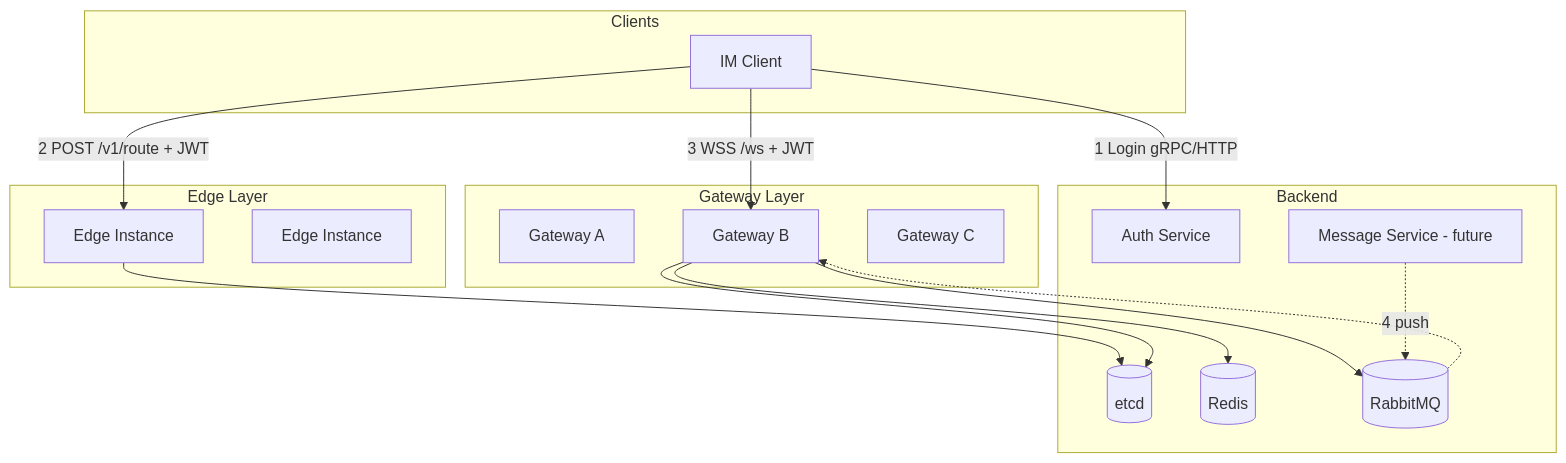
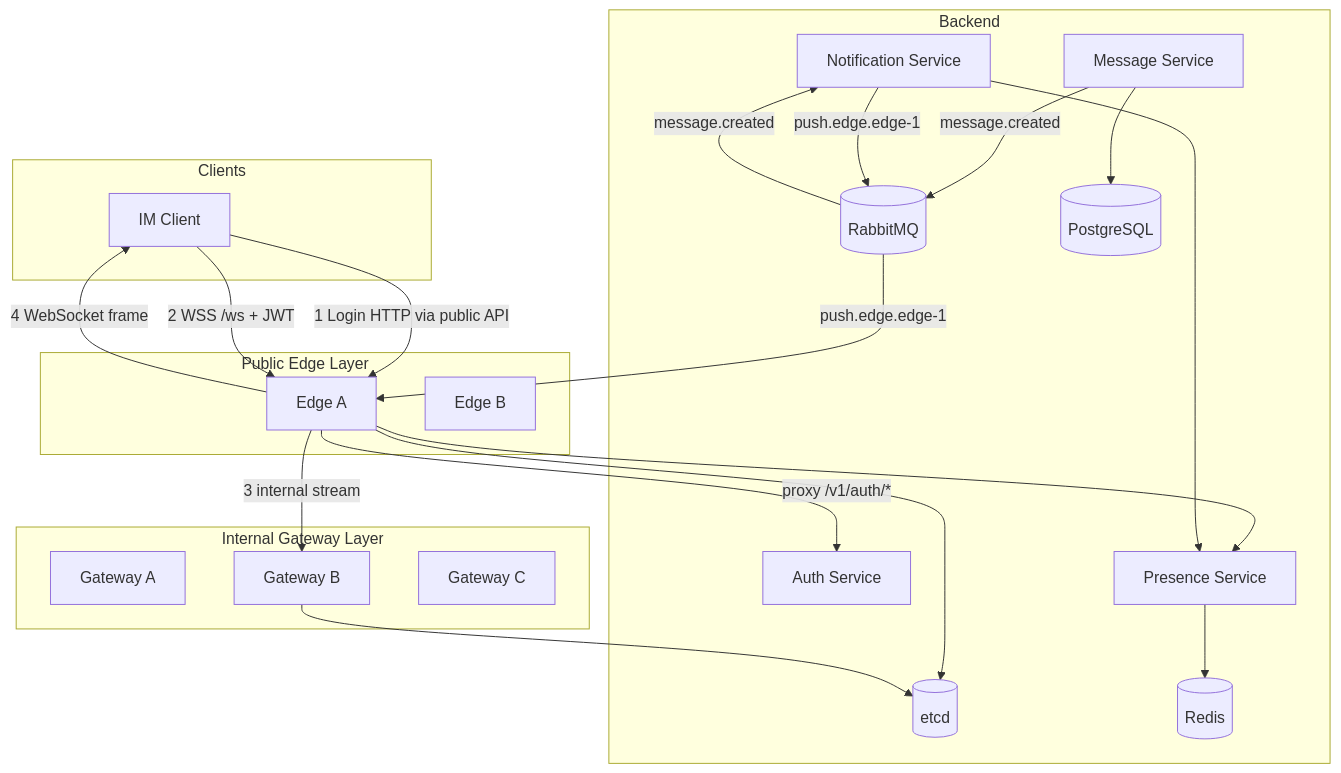
Before and after one commit to HappyLadySauce/Beehive-IM: the first of 8 diagrams in docs/gateway/DESIGN.md, drawn with Mermaid. The commit also changed other lines of this file and 5 other files, not shown here.

````diff
--- a/docs/gateway/DESIGN.md
+++ b/docs/gateway/DESIGN.md
@@ -41,35 +57,44 @@
 ```mermaid
 flowchart TB
     subgraph clients [Clients]
         Client[IM Client]
     end
 
-    subgraph edge_layer [Edge Layer]
-        Edge1[Edge Instance]
-        Edge2[Edge Instance]
+    subgraph public_edge [Public Edge Layer]
+        Edge1[Edge A]
+        Edge2[Edge B]
     end
 
-    subgraph gateway_layer [Gateway Layer]
+    subgraph internal_gateway [Internal Gateway Layer]
         GW1[Gateway A]
         GW2[Gateway B]
         GW3[Gateway C]
     end
 
     subgraph backend [Backend]
         Auth[Auth Service]
         Etcd[(etcd)]
+        Presence[Presence Service]
+        Notification[Notification Service]
         Redis[(Redis)]
         RMQ[(RabbitMQ)]
-        Msg[Message Service - future]
+        Msg[Message Service]
+        PG[(PostgreSQL)]
     end
 
-    Client -->|"1 Login gRPC/HTTP"| Auth
-    Client -->|"2 POST /v1/route + JWT"| Edge1
+    Client -->|"1 Login HTTP via public API"| Edge1
+    Edge1 -->|"proxy /v1/auth/*"| Auth
+    Client -->|"2 WSS /ws + JWT"| Edge1
+    Edge1 -->|"3 internal stream"| GW2
     Edge1 --> Etcd
-    Client -->|"3 WSS /ws + JWT"| GW2
     GW2 --> Etcd
-    GW2 --> Redis
-    GW2 --> RMQ
-    Msg -.->|"4 push"| RMQ
-    RMQ -.-> GW2
+    Edge1 --> Presence
+    Presence --> Redis
+    Msg --> PG
+    Msg -->|"message.created"| RMQ
+    RMQ -->|"message.created"| Notification
+    Notification --> Presence
+    Notification -->|"push.edge.edge-1"| RMQ
+    RMQ -->|"push.edge.edge-1"| Edge1
+    Edge1 -->|"4 WebSocket frame"| Client
 ```
````
